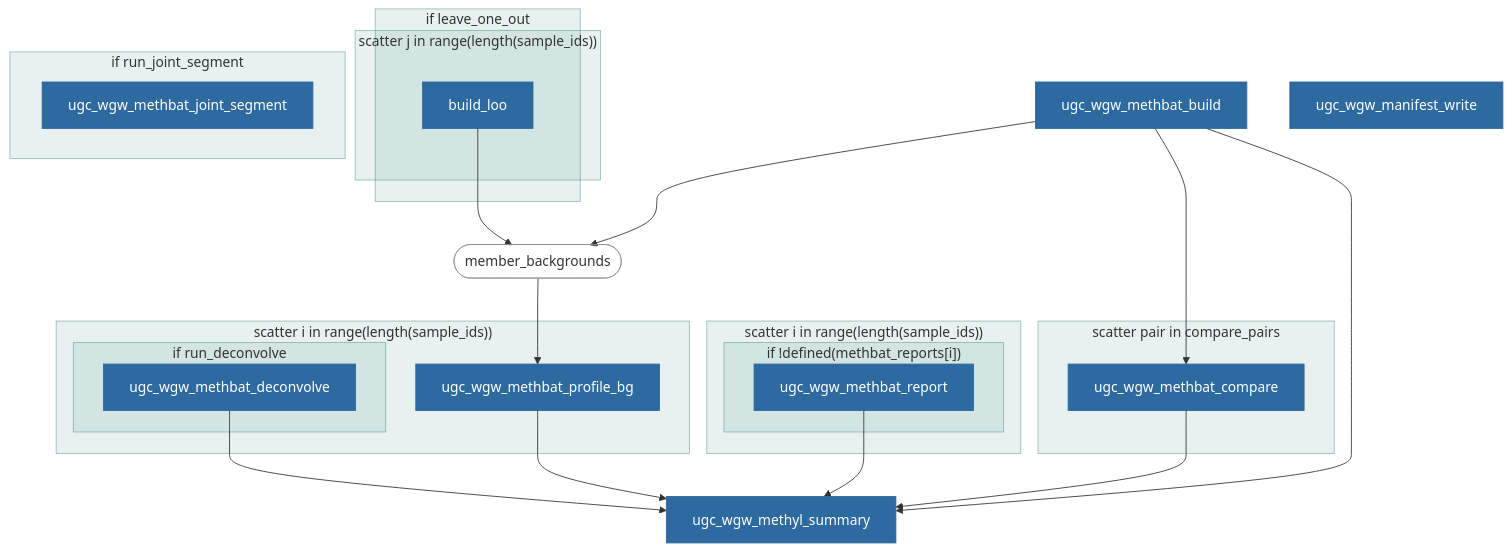
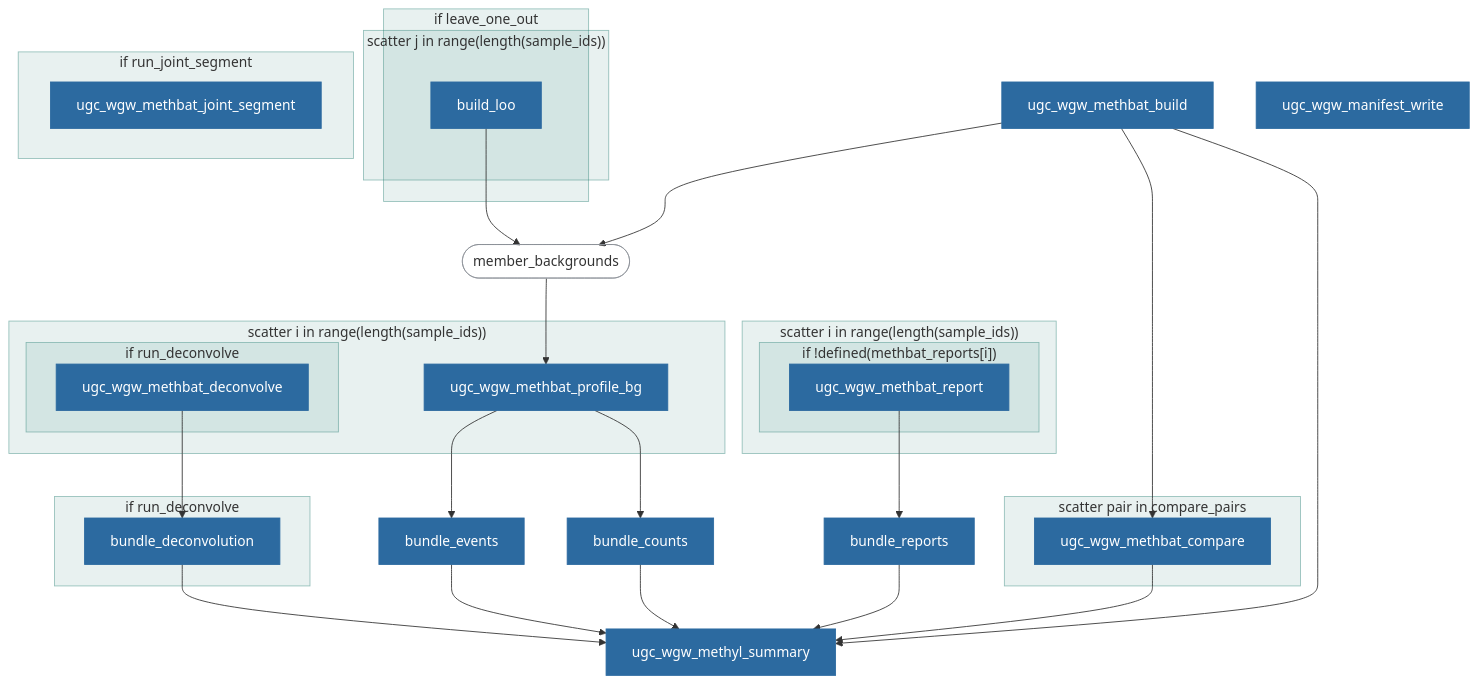
One commit to UppsalaGenomeCenter/ugc-wgw changed the tenth of 14 diagrams in docs/guide/workflow-graphs.md. Above: the diagram before and after it, drawn with Mermaid. The commit also changed other lines of this file and 9 other files, not shown here.

First line of the commit message:
ugc-wgw 0.23.2

````diff
--- a/docs/guide/workflow-graphs.md
+++ b/docs/guide/workflow-graphs.md
@@ -669,42 +669,53 @@
 ```mermaid
 flowchart TD
   n1["ugc_wgw_methbat_build"]:::o
   subgraph s1["if leave_one_out"]
     subgraph s2["scatter j in range(length(sample_ids))"]
       n2["build_loo"]:::o
     end
   end
   subgraph s3["scatter i in range(length(sample_ids))"]
     subgraph s4["if !defined(methbat_reports[i])"]
       n3["ugc_wgw_methbat_report"]:::o
     end
   end
   n4(["member_backgrounds"])
   subgraph s5["scatter i in range(length(sample_ids))"]
     n5["ugc_wgw_methbat_profile_bg"]:::o
     subgraph s6["if run_deconvolve"]
       n6["ugc_wgw_methbat_deconvolve"]:::o
     end
   end
   subgraph s7["scatter pair in compare_pairs"]
     n7["ugc_wgw_methbat_compare"]:::o
   end
   subgraph s8["if run_joint_segment"]
     n8["ugc_wgw_methbat_joint_segment"]:::o
   end
-  n9["ugc_wgw_methyl_summary"]:::o
-  n10["ugc_wgw_manifest_write"]:::o
+  n9["bundle_events"]:::o
+  n10["bundle_counts"]:::o
+  n11["bundle_reports"]:::o
+  subgraph s9["if run_deconvolve"]
+    n12["bundle_deconvolution"]:::o
+  end
+  n13["ugc_wgw_methyl_summary"]:::o
+  n14["ugc_wgw_manifest_write"]:::o
   n1 --> n4
   n1 --> n7
-  n1 --> n9
+  n1 --> n13
   n2 --> n4
-  n3 --> n9
+  n3 --> n11
   n4 --> n5
   n5 --> n9
-  n6 --> n9
-  n7 --> n9
+  n5 --> n10
+  n6 --> n12
+  n7 --> n13
+  n9 --> n13
+  n10 --> n13
+  n11 --> n13
+  n12 --> n13
   classDef default fill:none,stroke:#8a8f95
   classDef o fill:#2c6aa0,stroke:#2c6aa0,color:#fff
   classDef b fill:#1f7a70,fill-opacity:0.10,stroke:#1f7a70,stroke-opacity:0.45
-  class s1,s2,s3,s4,s5,s6,s7,s8 b
+  class s1,s2,s3,s4,s5,s6,s7,s8,s9 b
 ```
````
